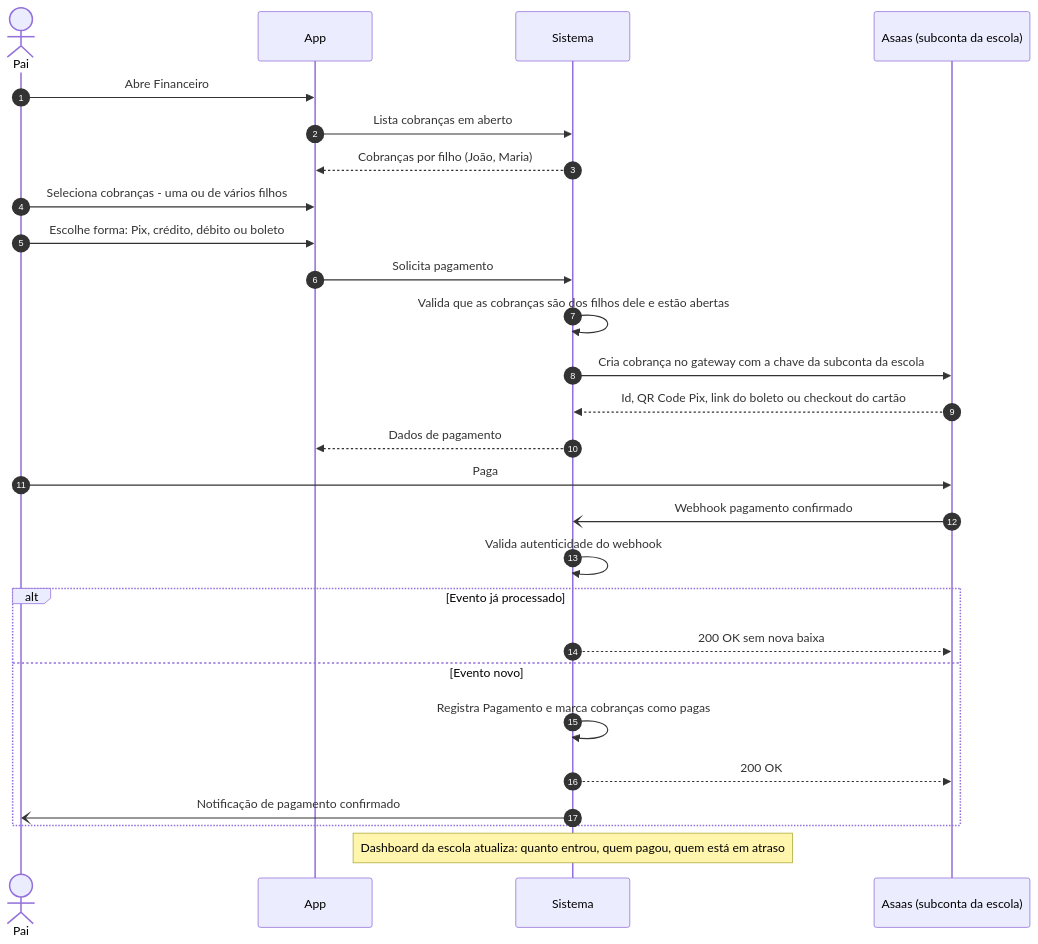
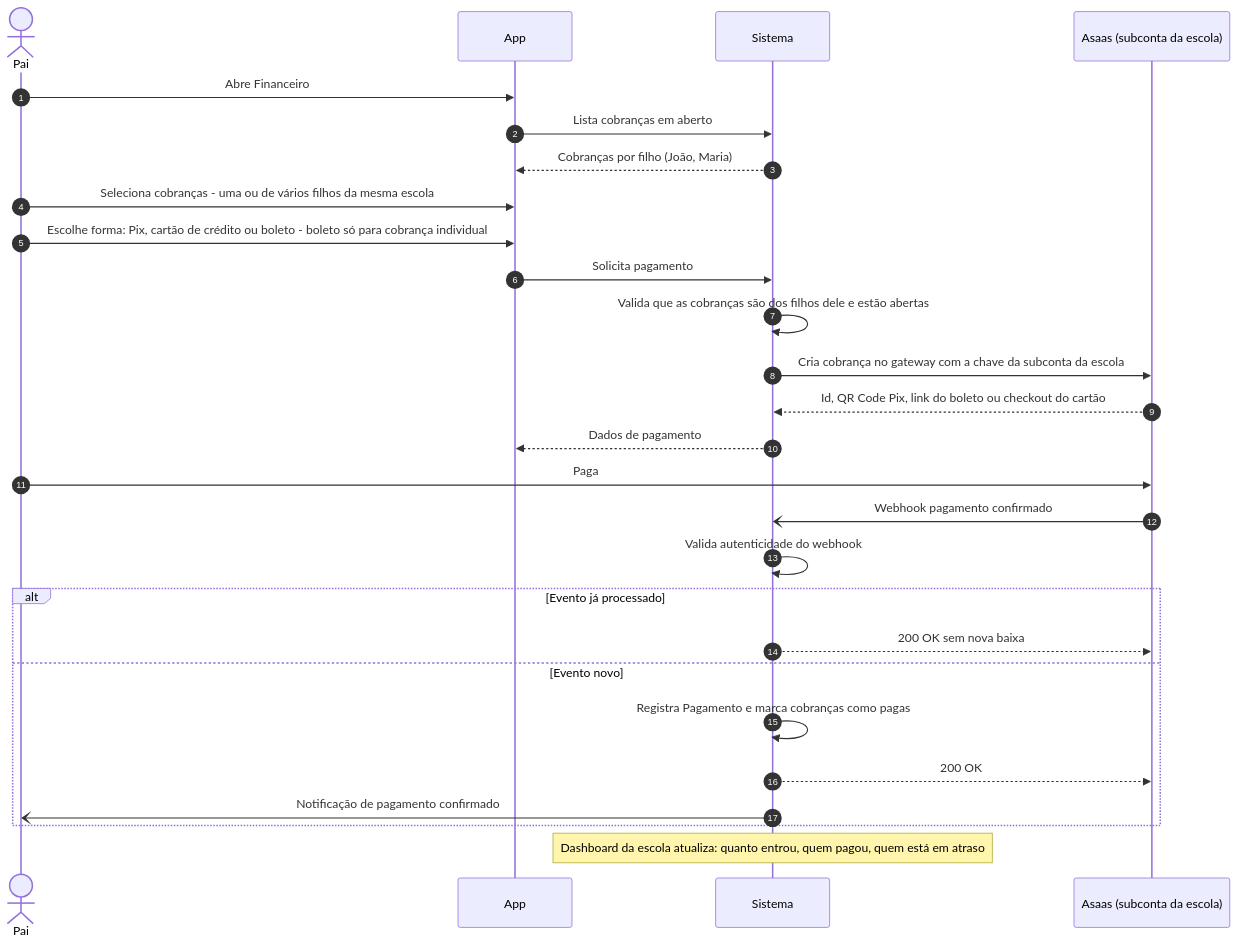
One commit to 77mdias/approux changed diagram 15 of 26 in docs/Mapa de fluxo.md. Above: the diagram before and after it, drawn with Mermaid. The commit also changed other lines of this file and 4 other files, not shown here.

````diff
--- a/docs/Mapa de fluxo.md
+++ b/docs/Mapa de fluxo.md
@@ -396,30 +396,30 @@
 ```mermaid
 sequenceDiagram
     autonumber
     actor Pai
     participant App as App
     participant S as Sistema
     participant G as Asaas (subconta da escola)
 
     Pai->>App: Abre Financeiro
     App->>S: Lista cobranças em aberto
     S-->>App: Cobranças por filho (João, Maria)
-    Pai->>App: Seleciona cobranças - uma ou de vários filhos
-    Pai->>App: Escolhe forma: Pix, crédito, débito ou boleto
+    Pai->>App: Seleciona cobranças - uma ou de vários filhos da mesma escola
+    Pai->>App: Escolhe forma: Pix, cartão de crédito ou boleto - boleto só para cobrança individual
     App->>S: Solicita pagamento
     S->>S: Valida que as cobranças são dos filhos dele e estão abertas
     S->>G: Cria cobrança no gateway com a chave da subconta da escola
     G-->>S: Id, QR Code Pix, link do boleto ou checkout do cartão
     S-->>App: Dados de pagamento
     Pai->>G: Paga
     G-)S: Webhook pagamento confirmado
     S->>S: Valida autenticidade do webhook
     alt Evento já processado
         S-->>G: 200 OK sem nova baixa
     else Evento novo
         S->>S: Registra Pagamento e marca cobranças como pagas
         S-->>G: 200 OK
         S-)Pai: Notificação de pagamento confirmado
     end
     Note over S: Dashboard da escola atualiza: quanto entrou, quem pagou, quem está em atraso
 ```
````
